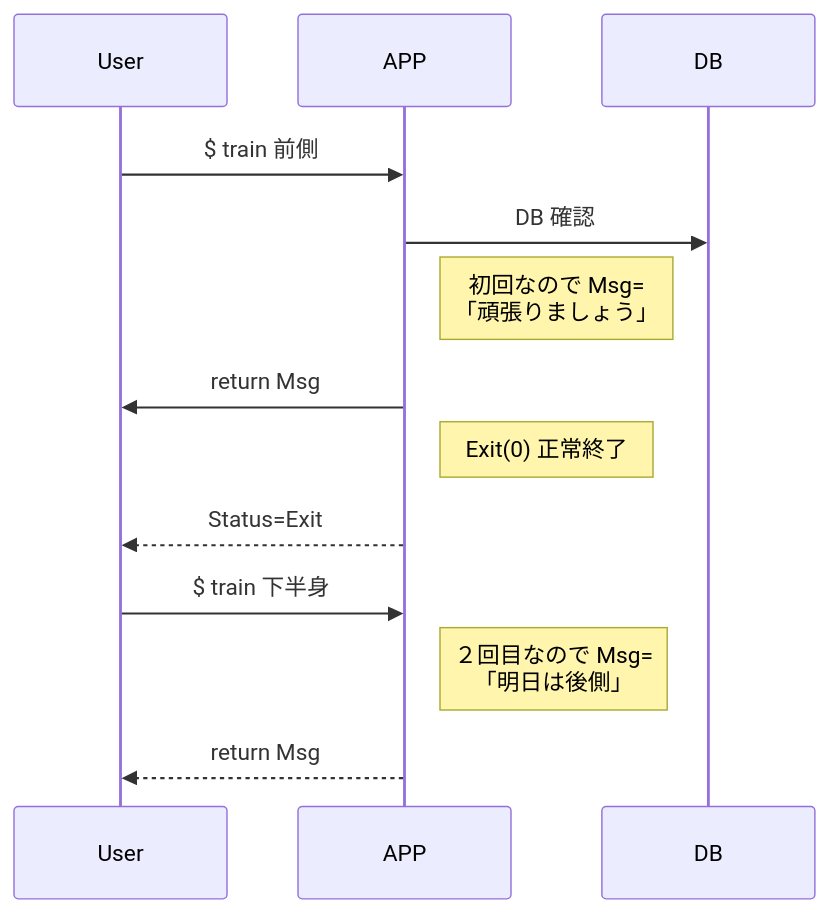
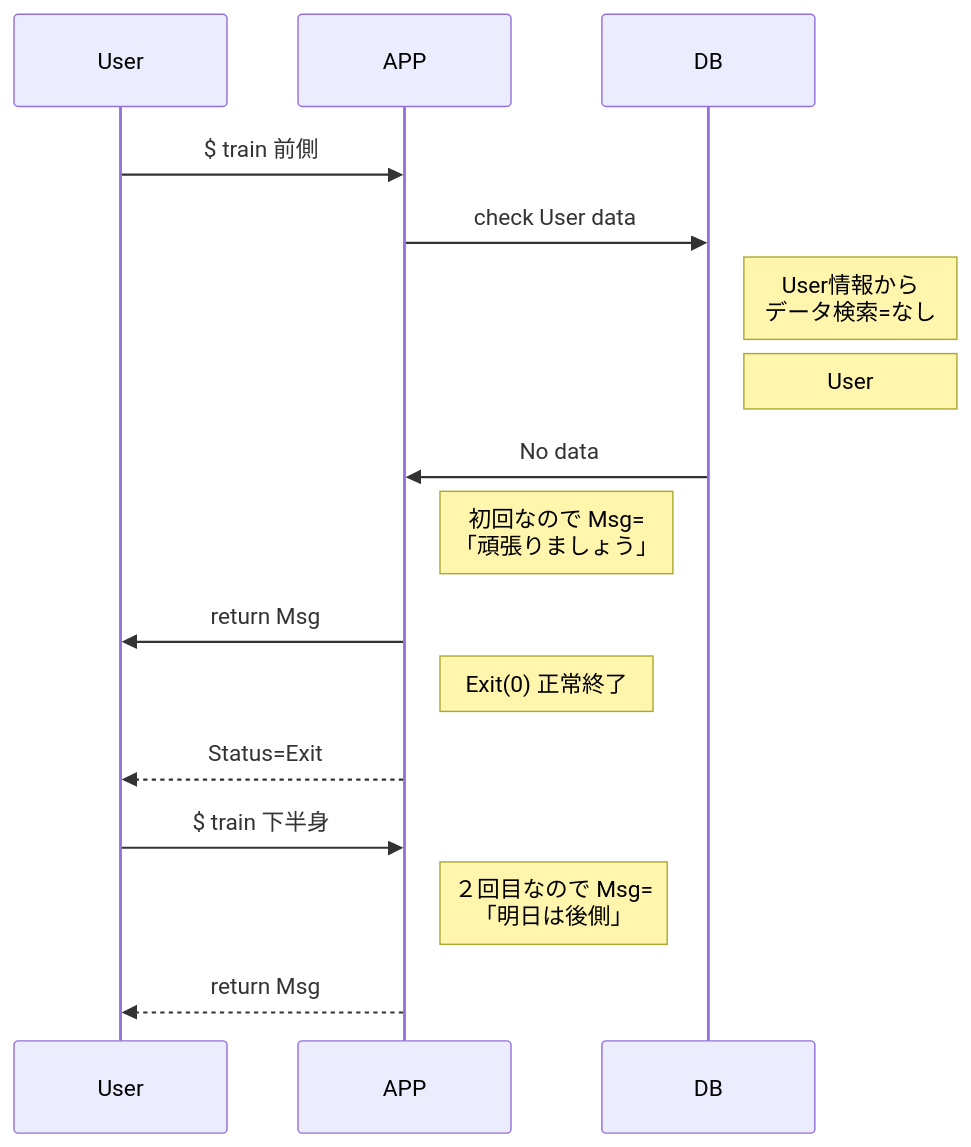
Before and after one commit to lamplusoka/train_Muscle: the first of 2 diagrams in flow.md, drawn with Mermaid. The commit also changed other lines of this file, not shown here.

Commit message:
flow.md updated from https://stackedit.io/

````diff
--- a/flow.md
+++ b/flow.md
@@ -4,13 +4,16 @@
 ```mermaid
 sequenceDiagram
 User->> APP: $ train 前側
-APP ->> DB: DB 確認
+APP ->> DB: check User data
+Note right of DB:User情報から<br>データ検索=なし
+Note right of DB:User
+DB ->> APP: No data
 Note right of APP:初回なので Msg=<br>「頑張りましょう」
 APP ->> User: return Msg
 Note right of APP: Exit(0) 正常終了
 APP -->>User: Status=Exit
 User->> APP: $ train 下半身
 Note right of APP:２回目なので Msg=<br>「明日は後側」
 APP -->> User: return Msg
 
 ```
````
